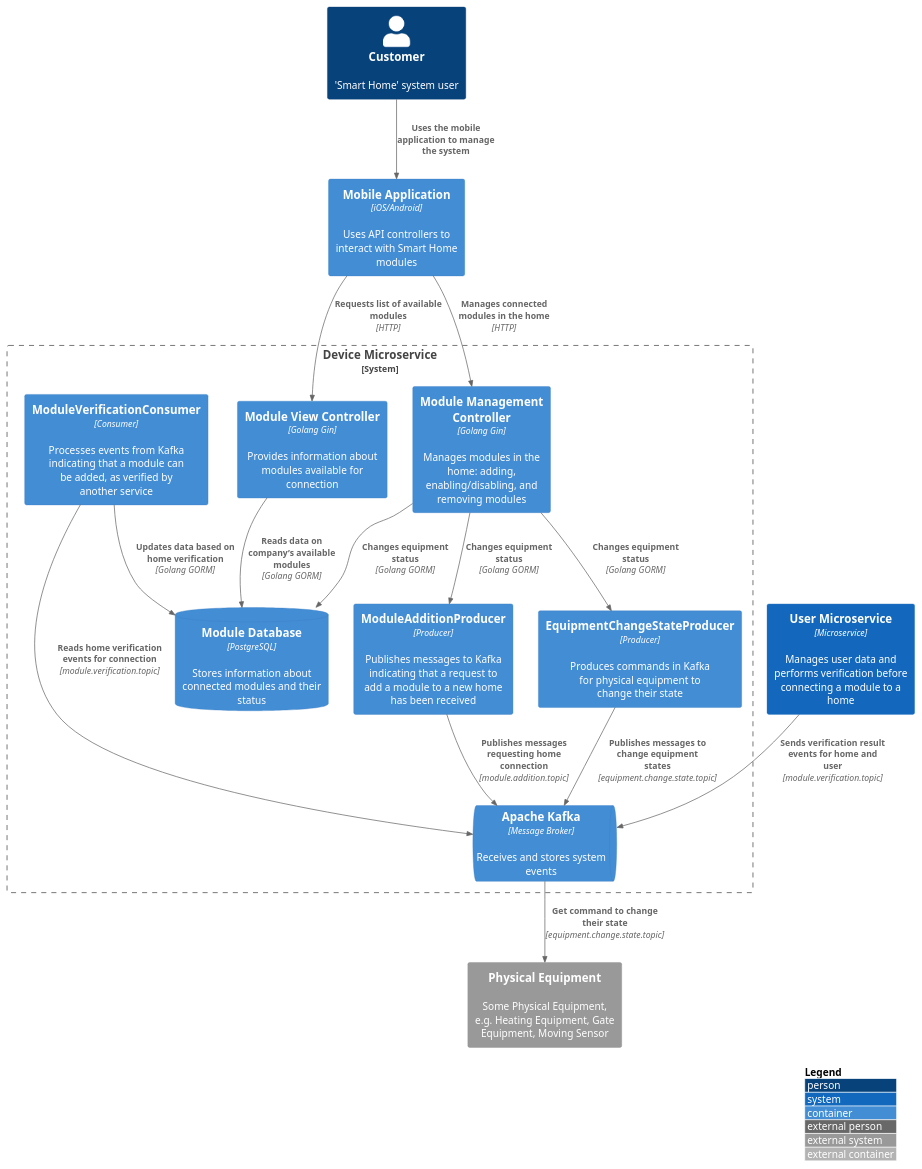
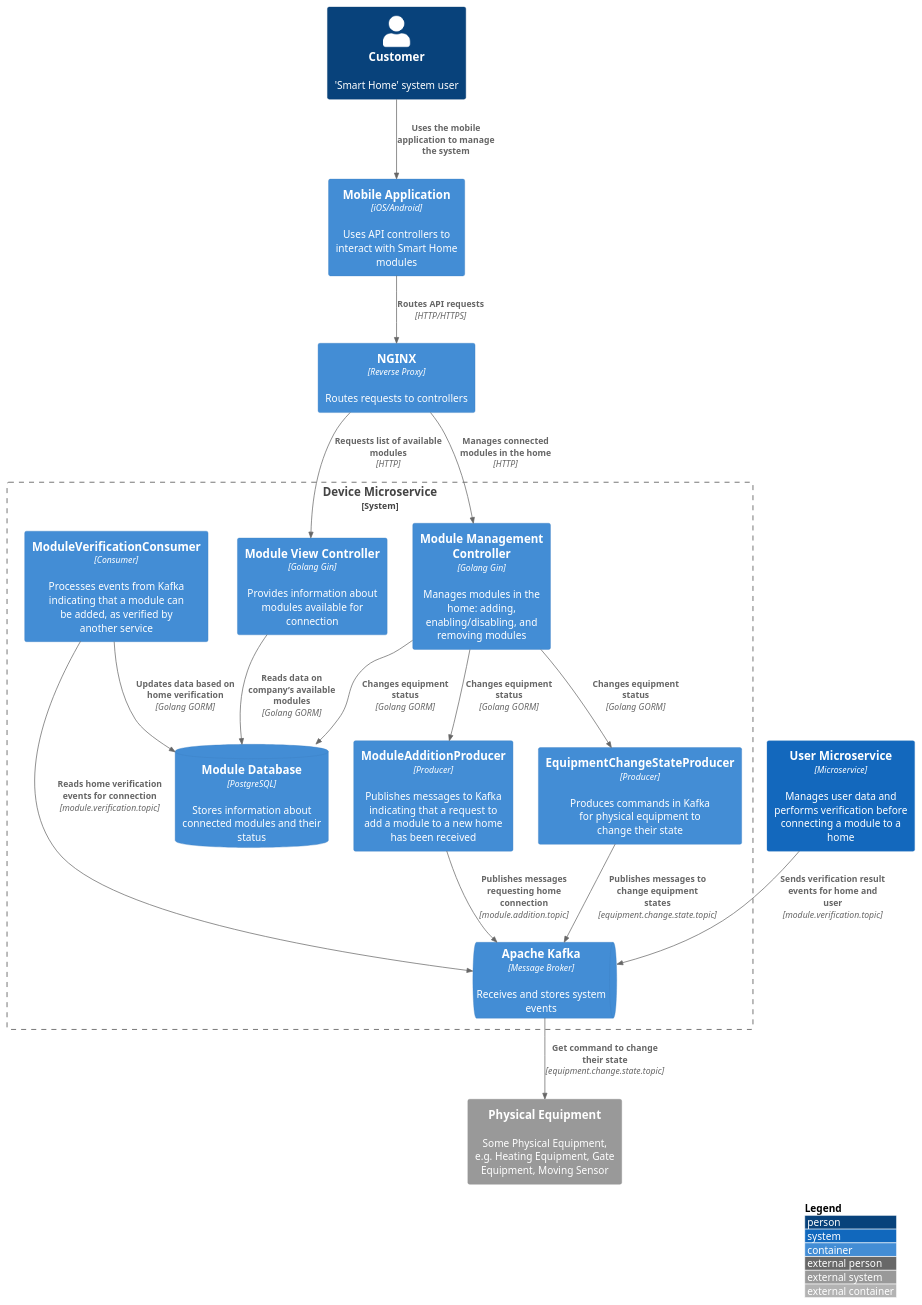
The diagram in device-service/Component_CleverVillageSystem_DeviceService.puml (baydinvladislav/architecture-sprint-3), drawn with PlantUML before and after one commit.

Commit message:
add nginx on diagram

```diff
--- a/device-service/Component_CleverVillageSystem_DeviceService.puml
+++ b/device-service/Component_CleverVillageSystem_DeviceService.puml
@@ -1,43 +1,45 @@
 @startuml
 !include <C4/C4_Container>
 
 LAYOUT_WITH_LEGEND()
 
 Person(user, "Customer", "'Smart Home' system user")
 
 Container(app_client, "Mobile Application", "iOS/Android", "Uses API controllers to interact with Smart Home modules")
+Container(nginx, "NGINX", "Reverse Proxy", "Routes requests to controllers")
 Container(internal_system, "User Microservice", "Microservice", "Manages user data and performs verification before connecting a module to a home") #1368bd
 
 System_Ext(system, "Physical Equipment", "Some Physical Equipment, e.g. Heating Equipment, Gate Equipment, Moving Sensor")
 
 System_Boundary(b_system, "Device Microservice") {
     Container(controller_modules_view, "Module View Controller", "Golang Gin", "Provides information about modules available for connection")
     Container(controller_module_management, "Module Management Controller", "Golang Gin", "Manages modules in the home: adding, enabling/disabling, and removing modules")
 
     Container(new_module_publisher, "ModuleAdditionProducer", "Producer", "Publishes messages to Kafka indicating that a request to add a module to a new home has been received")
     Container(state_equipment_publisher, "EquipmentChangeStateProducer", "Producer", "Produces commands in Kafka for physical equipment to change their state")
     Container(module_verification_consumer, "ModuleVerificationConsumer", "Consumer", "Processes events from Kafka indicating that a module can be added, as verified by another service")
 
     ContainerDb(modules_db, "Module Database", "PostgreSQL", "Stores information about connected modules and their status")
     ContainerQueue(kafka_broker, "Apache Kafka", "Message Broker", "Receives and stores system events")
 }
 
-Rel(app_client, controller_modules_view, "Requests list of available modules", "HTTP")
-Rel(app_client, controller_module_management, "Manages connected modules in the home", "HTTP")
+Rel(nginx, controller_modules_view, "Requests list of available modules", "HTTP")
+Rel(nginx, controller_module_management, "Manages connected modules in the home", "HTTP")
 
 Rel(user, app_client, "Uses the mobile application to manage the system")
+Rel(app_client, nginx, "Routes API requests", "HTTP/HTTPS")
 Rel(controller_modules_view, modules_db, "Reads data on company’s available modules", "Golang GORM")
 
 Rel(controller_module_management, modules_db, "Changes equipment status", "Golang GORM")
 Rel(controller_module_management, new_module_publisher, "Changes equipment status", "Golang GORM")
 Rel(controller_module_management, state_equipment_publisher, "Changes equipment status", "Golang GORM")
 
 Rel(internal_system, kafka_broker, "Sends verification result events for home and user", "module.verification.topic")
 Rel(new_module_publisher, kafka_broker, "Publishes messages requesting home connection", "module.addition.topic")
 Rel(state_equipment_publisher, kafka_broker, "Publishes messages to change equipment states", "equipment.change.state.topic")
 Rel(kafka_broker, system, "Get command to change their state", "equipment.change.state.topic")
 
 Rel(module_verification_consumer, kafka_broker, "Reads home verification events for connection", "module.verification.topic")
 Rel(module_verification_consumer, modules_db, "Updates data based on home verification", "Golang GORM")
 
 @enduml
```
